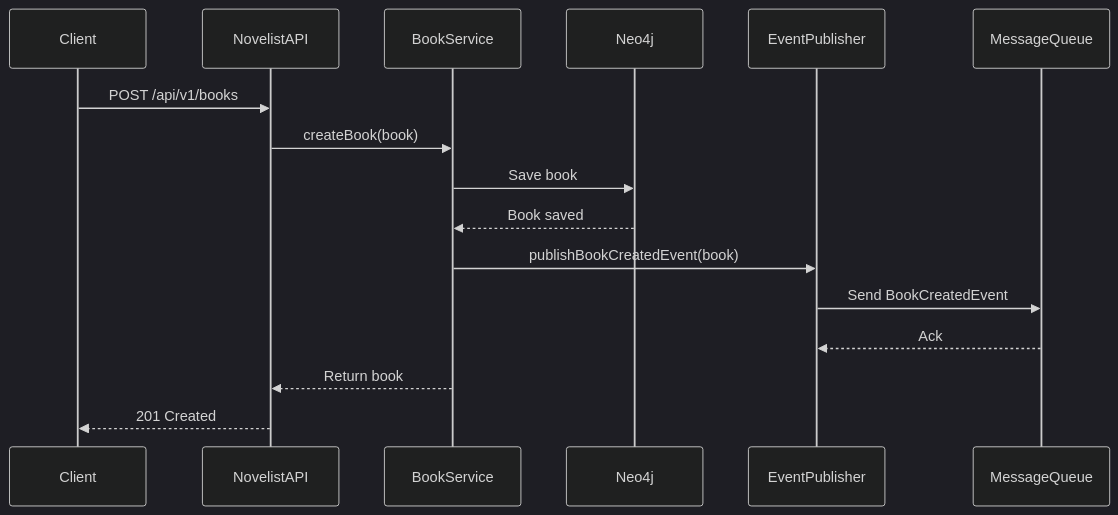
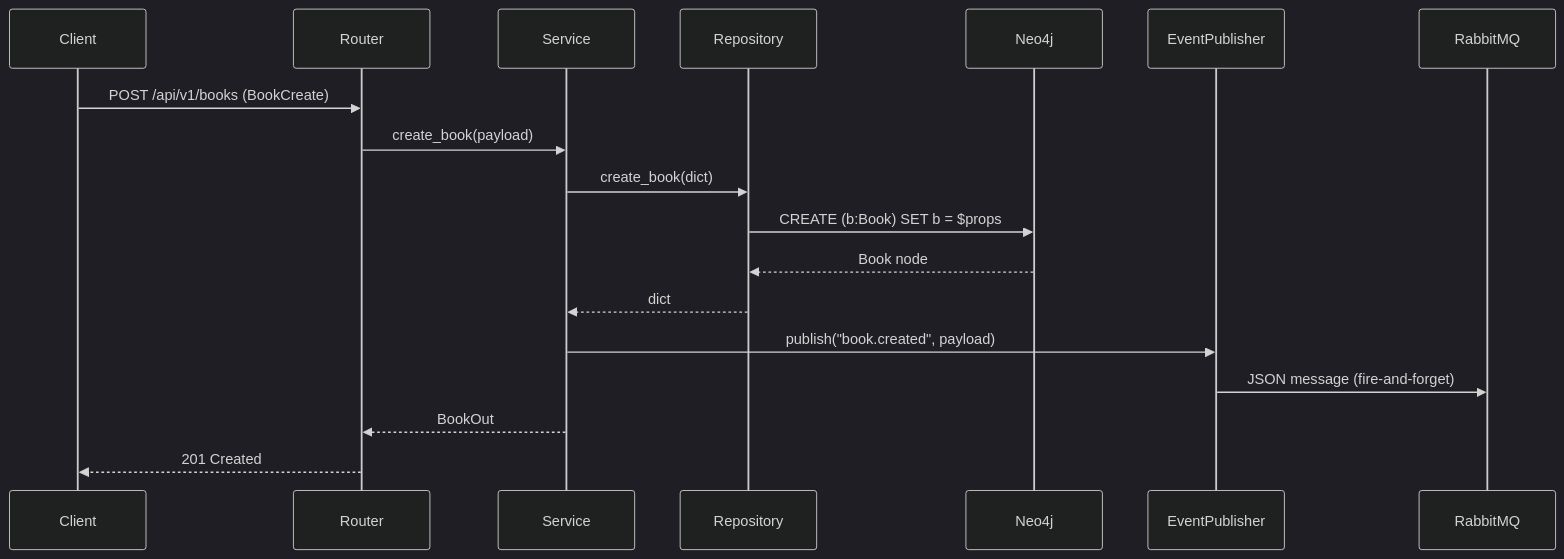
The third of 3 diagrams in spec/ARCHITECTURE.md (princenitc/Novelist), drawn with Mermaid (dark theme) before and after one commit. The commit also changed other lines of this file and 87 other files, not shown here.

````diff
--- a/spec/ARCHITECTURE.md
+++ b/spec/ARCHITECTURE.md
@@ -564,19 +211,21 @@
 ```mermaid
 sequenceDiagram
     participant Client
-    participant NovelistAPI
-    participant BookService
+    participant Router
+    participant Service
+    participant Repository
     participant Neo4j
     participant EventPublisher
-    participant MessageQueue
-    
-    Client->>NovelistAPI: POST /api/v1/books
-    NovelistAPI->>BookService: createBook(book)
-    BookService->>Neo4j: Save book
-    Neo4j-->>BookService: Book saved
-    BookService->>EventPublisher: publishBookCreatedEvent(book)
-    EventPublisher->>MessageQueue: Send BookCreatedEvent
-    MessageQueue-->>EventPublisher: Ack
-    BookService-->>NovelistAPI: Return book
-    NovelistAPI-->>Client: 201 Created
+    participant RabbitMQ
+
+    Client->>Router: POST /api/v1/books (BookCreate)
+    Router->>Service: create_book(payload)
+    Service->>Repository: create_book(dict)
+    Repository->>Neo4j: CREATE (b:Book) SET b = $props
+    Neo4j-->>Repository: Book node
+    Repository-->>Service: dict
+    Service->>EventPublisher: publish("book.created", payload)
+    EventPublisher->>RabbitMQ: JSON message (fire-and-forget)
+    Service-->>Router: BookOut
+    Router-->>Client: 201 Created
 ```
````
